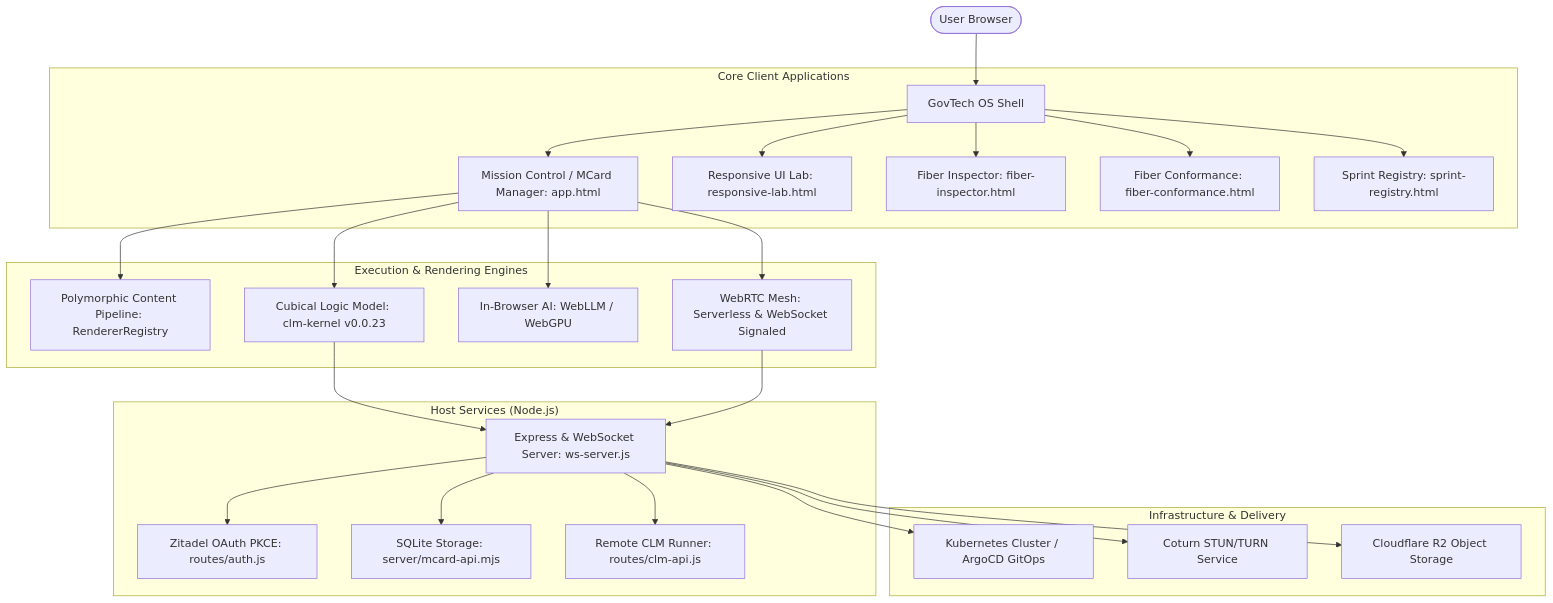
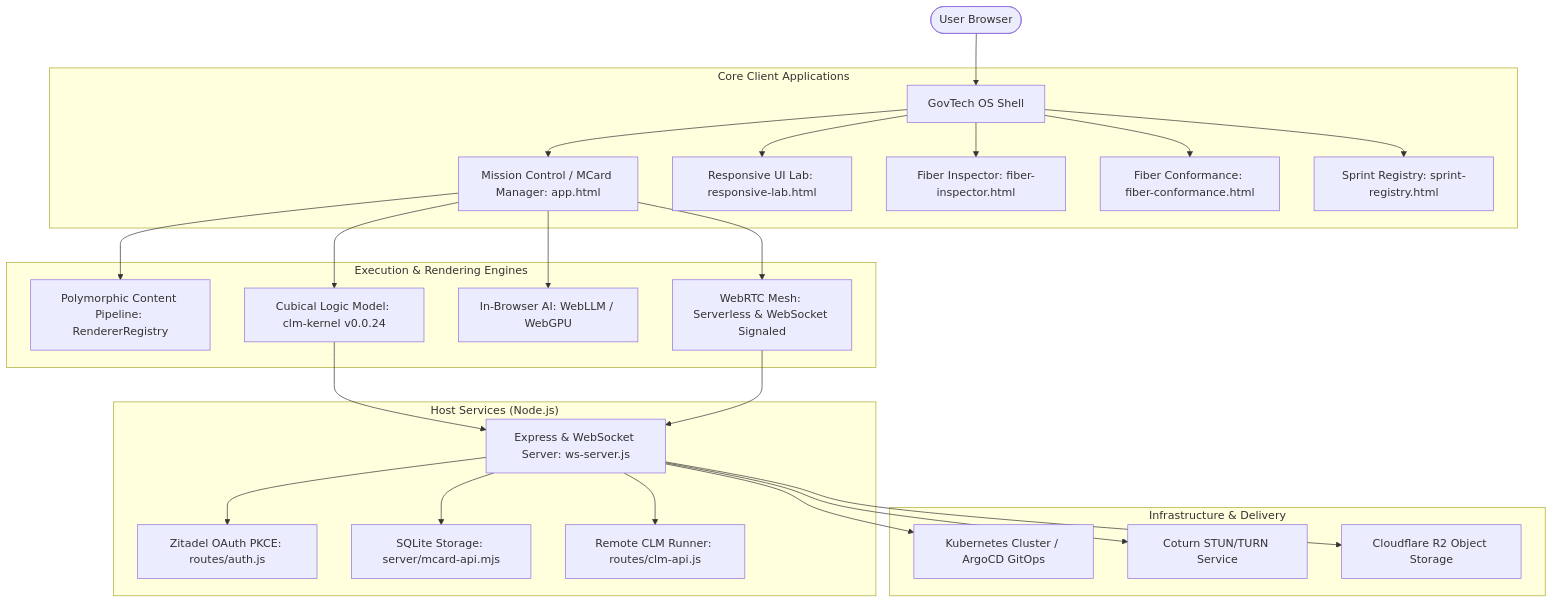
Before and after one commit to xlp0/LandingPage: the first of 2 diagrams in docs/functionalities/00-OVERVIEW-AND-FUNCTIONALITY-MAP.md, drawn with Mermaid. The commit also changed other lines of this file and 641 other files, not shown here.

Commit message:
feat(kernel,bpv,ssg): align clm-kernel@0.0.24 (0.0.25 workspace), graduate GQC/BPV, stage Program SSG (StageShow 1.1.1)

````diff
--- a/docs/functionalities/00-OVERVIEW-AND-FUNCTIONALITY-MAP.md
+++ b/docs/functionalities/00-OVERVIEW-AND-FUNCTIONALITY-MAP.md
@@ -22,33 +22,33 @@
 ```mermaid
 graph TD
     User([User Browser]) --> AppShell[GovTech OS Shell]
     
     subgraph "Core Client Applications"
         AppShell --> MC[Mission Control / MCard Manager: app.html]
         AppShell --> RL[Responsive UI Lab: responsive-lab.html]
         AppShell --> FI[Fiber Inspector: fiber-inspector.html]
         AppShell --> FC[Fiber Conformance: fiber-conformance.html]
         AppShell --> SR[Sprint Registry: sprint-registry.html]
     end
 
     subgraph "Execution & Rendering Engines"
         MC --> PR[Polymorphic Content Pipeline: RendererRegistry]
-        MC --> CLM[Cubical Logic Model: clm-kernel v0.0.23]
+        MC --> CLM[Cubical Logic Model: clm-kernel v0.0.24]
         MC --> WLLM[In-Browser AI: WebLLM / WebGPU]
         MC --> P2P[WebRTC Mesh: Serverless & WebSocket Signaled]
     end
 
     subgraph "Host Services (Node.js)"
         CLM --> WS[Express & WebSocket Server: ws-server.js]
         P2P --> WS
         WS --> AuthAPI[Zitadel OAuth PKCE: routes/auth.js]
         WS --> MCardAPI[SQLite Storage: server/mcard-api.mjs]
         WS --> CLMAPI[Remote CLM Runner: routes/clm-api.js]
     end
 
     subgraph "Infrastructure & Delivery"
         WS --> K8s[Kubernetes Cluster / ArgoCD GitOps]
         WS --> STUN[Coturn STUN/TURN Service]
         WS --> R2[Cloudflare R2 Object Storage]
     end
 ```
````
